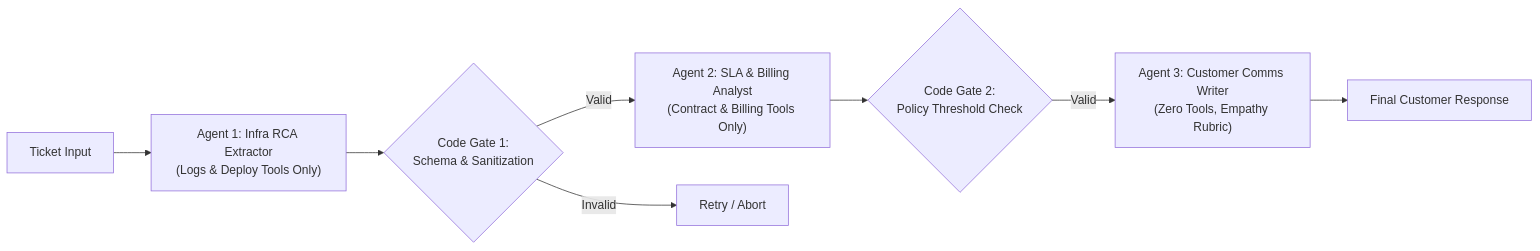
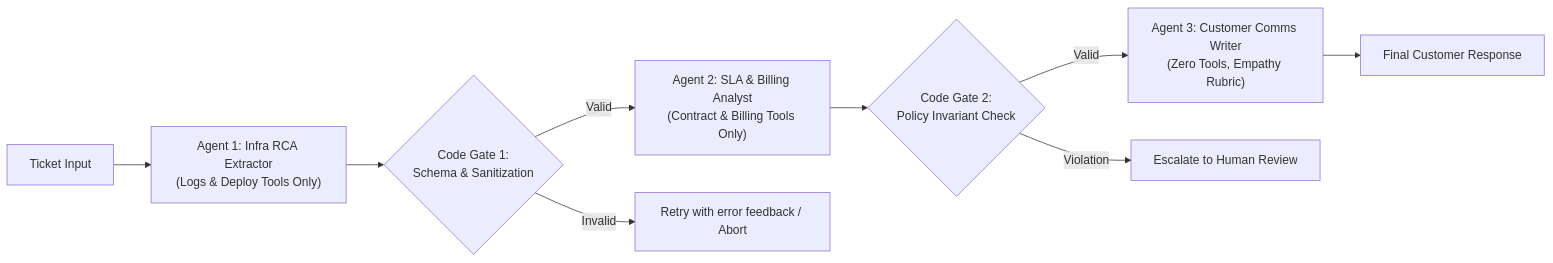
One commit to Rajdipc/agentic-ai-orchestration-patterns changed the second of 4 diagrams in chapter-03-deterministic-multi-agent-workflows.md. Above: the diagram before and after it, drawn with Mermaid. The commit also changed other lines of this file and 18 other files, not shown here.

````diff
--- a/chapter-03-deterministic-multi-agent-workflows.md
+++ b/chapter-03-deterministic-multi-agent-workflows.md
@@ -31,10 +42,11 @@
 ```mermaid
 flowchart LR
-    Input["Ticket Input"] --> A1["Agent 1: Infra RCA Extractor\n(Logs & Deploy Tools Only)"]
-    A1 --> G1{"Code Gate 1:\nSchema & Sanitization"}
-    G1 -- "Valid" --> A2["Agent 2: SLA & Billing Analyst\n(Contract & Billing Tools Only)"]
-    G1 -- "Invalid" --> Retry1["Retry / Abort"]
-    A2 --> G2{"Code Gate 2:\nPolicy Threshold Check"}
-    G2 -- "Valid" --> A3["Agent 3: Customer Comms Writer\n(Zero Tools, Empathy Rubric)"]
+    Input["Ticket Input"] --> A1["Agent 1: Infra RCA Extractor<br/>(Logs & Deploy Tools Only)"]
+    A1 --> G1{"Code Gate 1:<br/>Schema & Sanitization"}
+    G1 -- "Valid" --> A2["Agent 2: SLA & Billing Analyst<br/>(Contract & Billing Tools Only)"]
+    G1 -- "Invalid" --> Retry1["Retry with error feedback / Abort"]
+    A2 --> G2{"Code Gate 2:<br/>Policy Invariant Check"}
+    G2 -- "Valid" --> A3["Agent 3: Customer Comms Writer<br/>(Zero Tools, Empathy Rubric)"]
+    G2 -- "Violation" --> Human["Escalate to Human Review"]
     A3 --> Out["Final Customer Response"]
 ```
````
